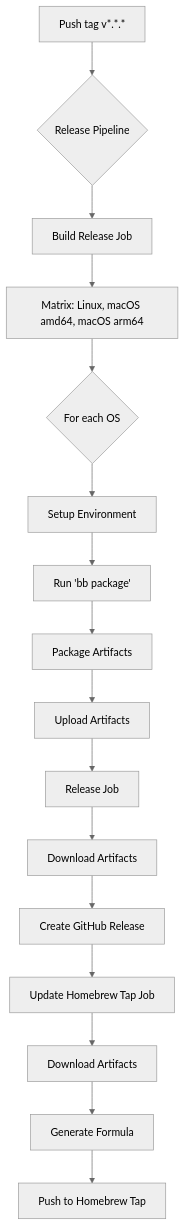
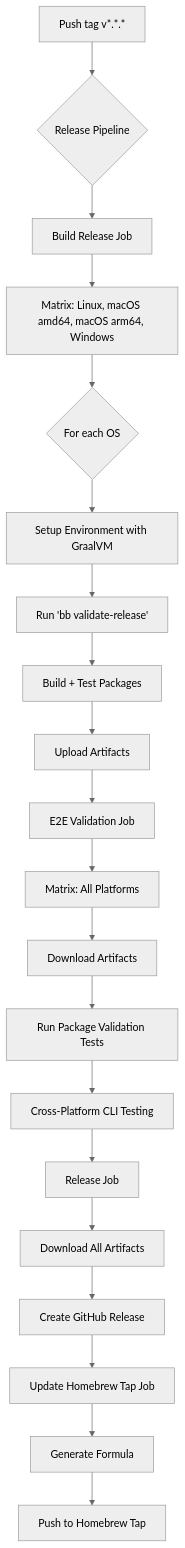
One commit to stefanesco/obsidize changed the second of 2 diagrams in README.md. Above: the diagram before and after it, drawn with Mermaid (neutral theme). The commit also changed other lines of this file and 23 other files, not shown here.

Commit message:
refactored the build and release pipelines to better integrated jlink and keep native image only for macOS (besides jar and jlink image); added a new testing-validation stage after the packaging

````diff
--- a/README.md
+++ b/README.md
@@ -657,18 +938,22 @@
 ```mermaid
 graph TD
     A[Push tag v*.*.*] --> B{Release Pipeline};
     B --> C[Build Release Job];
-    C --> D[Matrix: Linux, macOS amd64, macOS arm64];
+    C --> D[Matrix: Linux, macOS amd64, macOS arm64, Windows];
     D --> E{For each OS};
-    E --> F[Setup Environment];
-    F --> G[Run 'bb package'];
-    G --> H[Package Artifacts];
+    E --> F[Setup Environment with GraalVM];
+    F --> G[Run 'bb validate-release'];
+    G --> H[Build + Test Packages];
     H --> I[Upload Artifacts];
-    I --> J[Release Job];
-    J --> K[Download Artifacts];
-    K --> L[Create GitHub Release];
-    L --> M[Update Homebrew Tap Job];
-    M --> N[Download Artifacts];
-    N --> O[Generate Formula];
-    O --> P[Push to Homebrew Tap];
+    I --> J[E2E Validation Job];
+    J --> K[Matrix: All Platforms];
+    K --> L[Download Artifacts];
+    L --> M[Run Package Validation Tests];
+    M --> N[Cross-Platform CLI Testing];
+    N --> O[Release Job];
+    O --> P[Download All Artifacts];
+    P --> Q[Create GitHub Release];
+    Q --> R[Update Homebrew Tap Job];
+    R --> S[Generate Formula];
+    S --> T[Push to Homebrew Tap];
 ```
````
